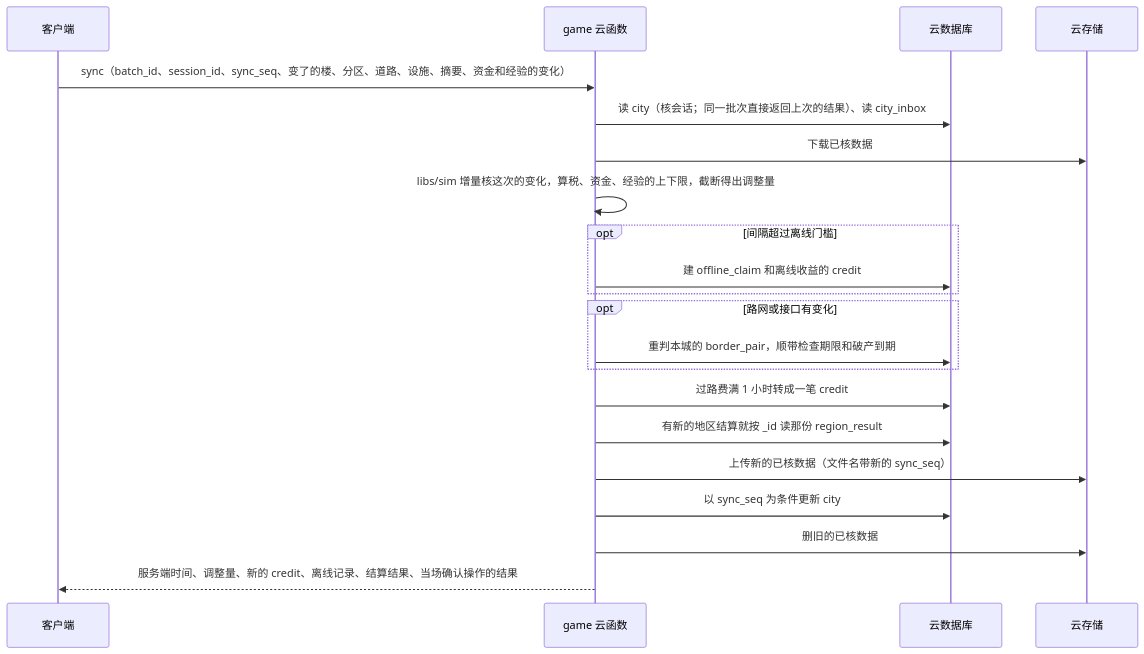
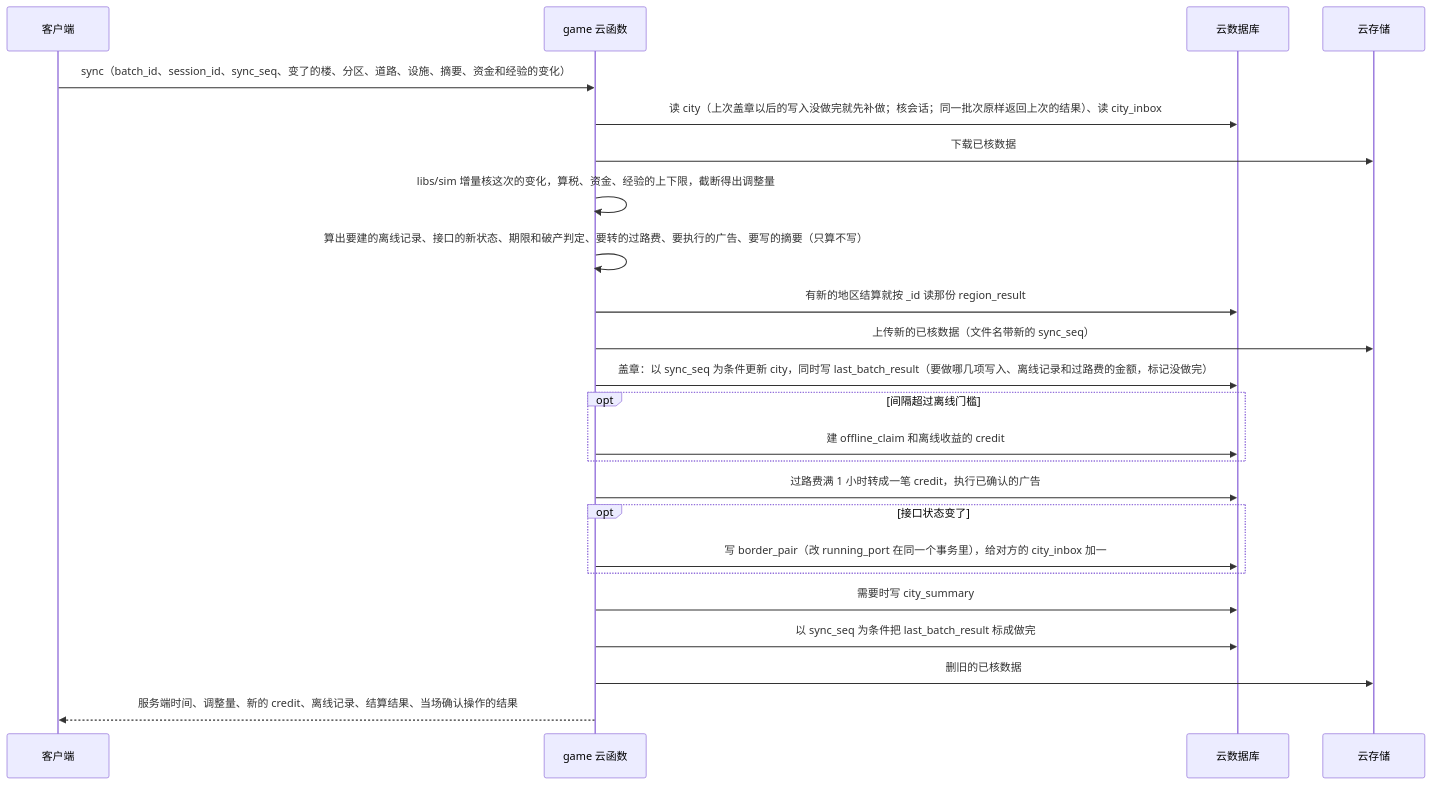
The fifth of 9 diagrams in docs/architecture/overview.md (juanchaopan/city-link), drawn with Mermaid before and after one commit. The commit also changed other lines of this file and 2 other files, not shown here.

Commit message:
docs(design): 同步先盖章再写别处，下一次进入或同步时补做

````diff
--- a/docs/architecture/overview.md
+++ b/docs/architecture/overview.md
@@ -159,23 +159,26 @@
 ```mermaid
 sequenceDiagram
   participant C as 客户端
   participant G as game 云函数
   participant D as 云数据库
   participant S as 云存储
   C->>G: sync（batch_id、session_id、sync_seq、变了的楼、分区、道路、设施、摘要、资金和经验的变化）
-  G->>D: 读 city（核会话；同一批次直接返回上次的结果）、读 city_inbox
+  G->>D: 读 city（上次盖章以后的写入没做完就先补做；核会话；同一批次原样返回上次的结果）、读 city_inbox
   G->>S: 下载已核数据
   G->>G: libs/sim 增量核这次的变化，算税、资金、经验的上下限，截断得出调整量
+  G->>G: 算出要建的离线记录、接口的新状态、期限和破产判定、要转的过路费、要执行的广告、要写的摘要（只算不写）
+  G->>D: 有新的地区结算就按 _id 读那份 region_result
+  G->>S: 上传新的已核数据（文件名带新的 sync_seq）
+  G->>D: 盖章：以 sync_seq 为条件更新 city，同时写 last_batch_result（要做哪几项写入、离线记录和过路费的金额，标记没做完）
   opt 间隔超过离线门槛
     G->>D: 建 offline_claim 和离线收益的 credit
   end
-  opt 路网或接口有变化
-    G->>D: 重判本城的 border_pair，顺带检查期限和破产到期
+  G->>D: 过路费满 1 小时转成一笔 credit，执行已确认的广告
+  opt 接口状态变了
+    G->>D: 写 border_pair（改 running_port 在同一个事务里），给对方的 city_inbox 加一
   end
-  G->>D: 过路费满 1 小时转成一笔 credit
-  G->>D: 有新的地区结算就按 _id 读那份 region_result
-  G->>S: 上传新的已核数据（文件名带新的 sync_seq）
-  G->>D: 以 sync_seq 为条件更新 city
+  G->>D: 需要时写 city_summary
+  G->>D: 以 sync_seq 为条件把 last_batch_result 标成做完
   G->>S: 删旧的已核数据
   G-->>C: 服务端时间、调整量、新的 credit、离线记录、结算结果、当场确认操作的结果
 ```
````
